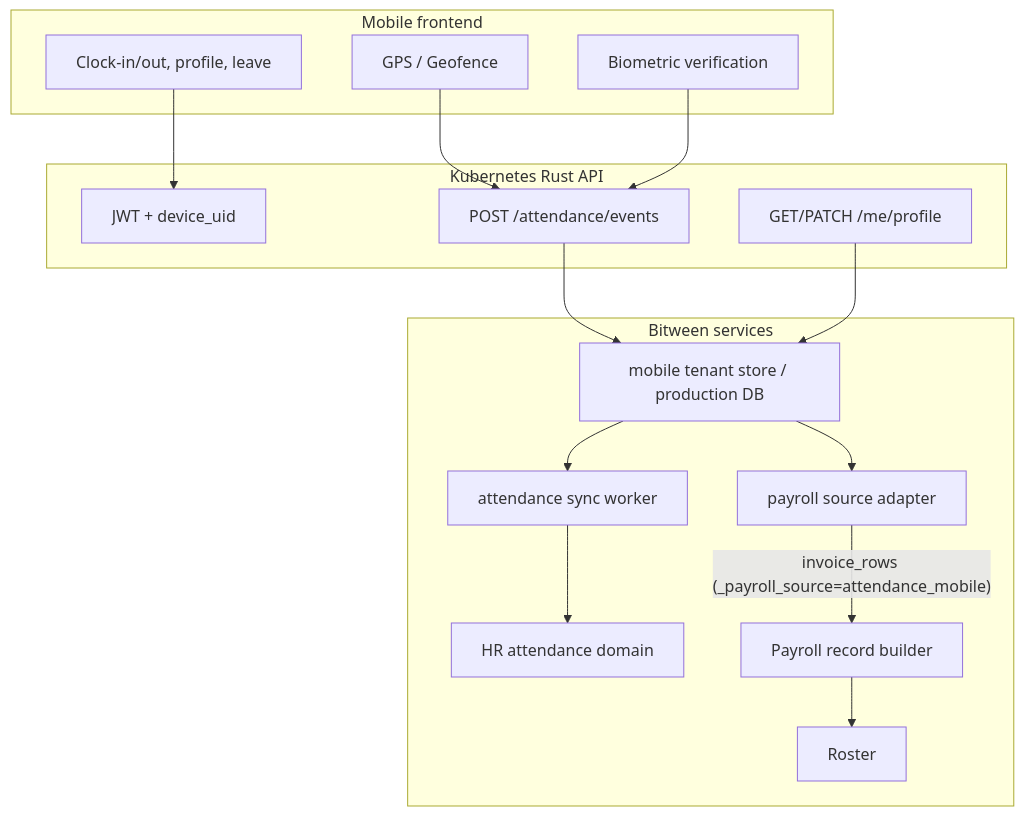
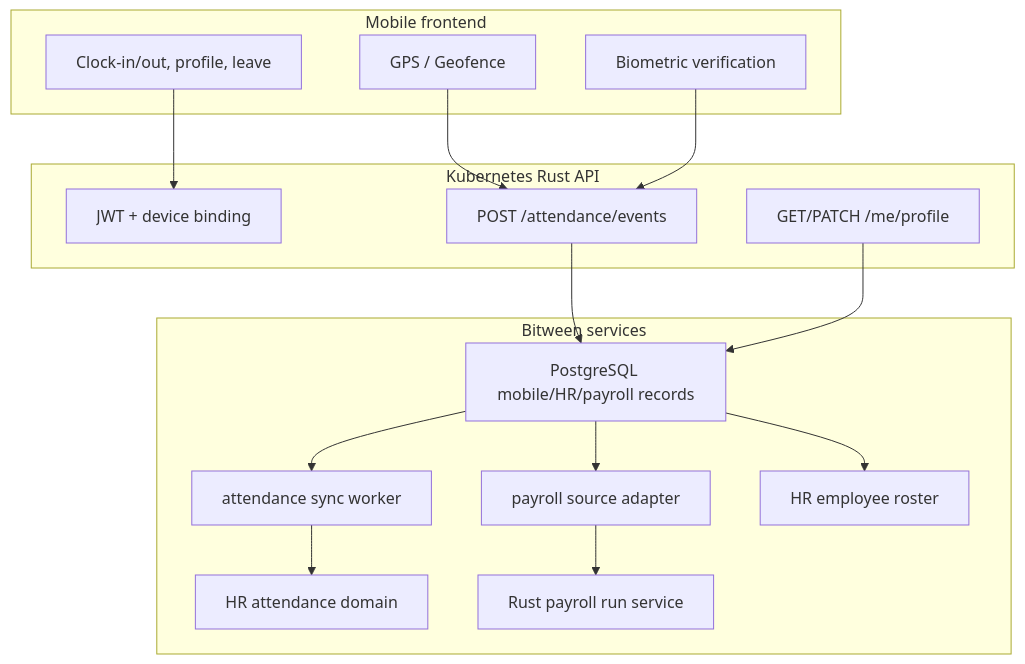
The diagram in docs/MOBILE_ATTENDANCE_INTEGRATION.md (yulee94/Payroll), drawn with Mermaid before and after one commit. The commit also changed other lines of this file and 8764 other files, not shown here.

````diff
--- a/docs/MOBILE_ATTENDANCE_INTEGRATION.md
+++ b/docs/MOBILE_ATTENDANCE_INTEGRATION.md
@@ -20,34 +23,34 @@
 ```mermaid
 flowchart TB
     subgraph Mobile["Mobile frontend"]
         GPS[GPS / Geofence]
         BIO[Biometric verification]
         APP[Clock-in/out, profile, leave]
     end
 
     subgraph API["Kubernetes Rust API"]
-        AUTH[JWT + device_uid]
+        AUTH[JWT + device binding]
         INGEST["POST /attendance/events"]
         PROFILE["GET/PATCH /me/profile"]
     end
 
     subgraph Services["Bitween services"]
-        STORE["mobile tenant store / production DB"]
+        PG["PostgreSQL mobile/HR/payroll records"]
         SYNC["attendance sync worker"]
         PAY["payroll source adapter"]
         HR["HR attendance domain"]
-        ROSTER["Roster"]
-        BUILD["Payroll record builder"]
+        ROSTER["HR employee roster"]
+        RUN["Rust payroll run service"]
     end
 
     APP --> AUTH
     GPS --> INGEST
     BIO --> INGEST
-    INGEST --> STORE
-    STORE --> SYNC
+    INGEST --> PG
+    PG --> SYNC
     SYNC --> HR
-    STORE --> PAY
-    PAY -->|"invoice_rows (_payroll_source=attendance_mobile)"| BUILD
-    BUILD --> ROSTER
-    PROFILE --> STORE
+    PG --> PAY
+    PAY --> RUN
+    PROFILE --> PG
+    PG --> ROSTER
 ```
````
